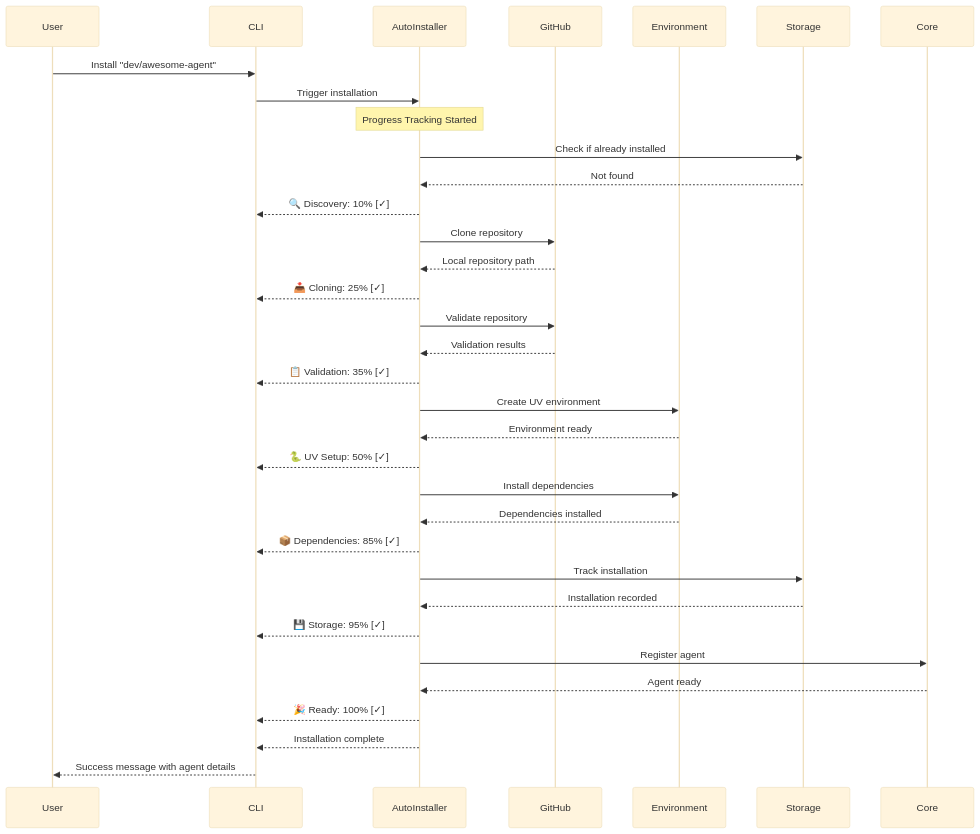
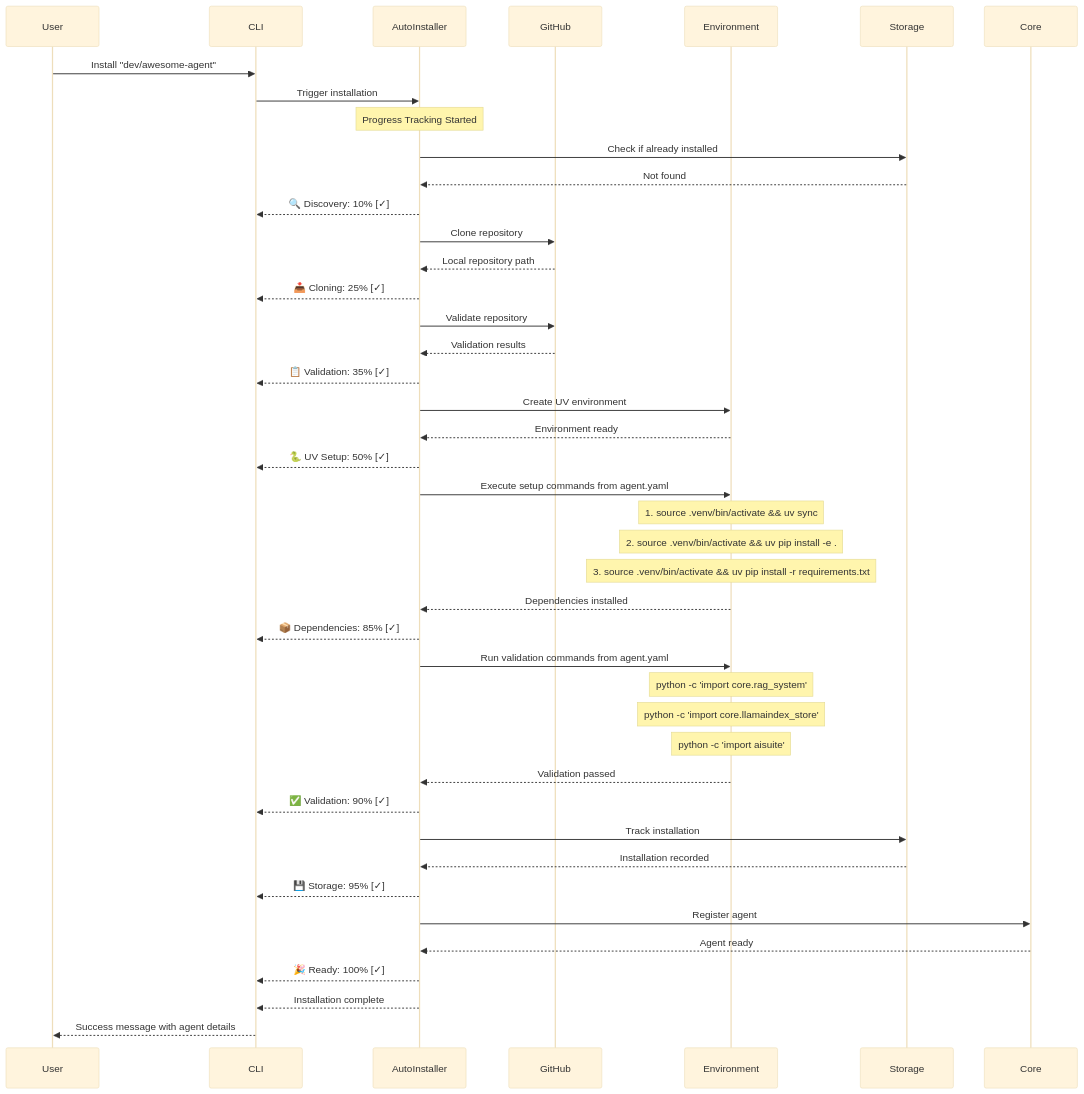
The second of 2 diagrams in docs/.implementation_design/phase2_auto_install/README.md (agentplug/agenthub), drawn with Mermaid (base theme) before and after one commit. The commit also changed other lines of this file and 1 other file, not shown here.

First line of the commit message:
docs: update Phase 2 design with correct setup process

````diff
--- a/docs/.implementation_design/phase2_auto_install/README.md
+++ b/docs/.implementation_design/phase2_auto_install/README.md
@@ -196,46 +198,56 @@
 ```mermaid
 sequenceDiagram
     participant User
     participant CLI
     participant AutoInstaller
     participant GitHub
     participant Environment
     participant Storage
     participant Core
 
     User->>CLI: Install "dev/awesome-agent"
     CLI->>AutoInstaller: Trigger installation
 
     Note over AutoInstaller: Progress Tracking Started
 
     AutoInstaller->>Storage: Check if already installed
     Storage-->>AutoInstaller: Not found
     AutoInstaller-->>CLI: 🔍 Discovery: 10% [✓]
 
     AutoInstaller->>GitHub: Clone repository
     GitHub-->>AutoInstaller: Local repository path
     AutoInstaller-->>CLI: 📥 Cloning: 25% [✓]
 
     AutoInstaller->>GitHub: Validate repository
     GitHub-->>AutoInstaller: Validation results
     AutoInstaller-->>CLI: 📋 Validation: 35% [✓]
 
     AutoInstaller->>Environment: Create UV environment
     Environment-->>AutoInstaller: Environment ready
     AutoInstaller-->>CLI: 🐍 UV Setup: 50% [✓]
 
-    AutoInstaller->>Environment: Install dependencies
+    AutoInstaller->>Environment: Execute setup commands from agent.yaml
+    Note over Environment: 1. source .venv/bin/activate && uv sync
+    Note over Environment: 2. source .venv/bin/activate && uv pip install -e .
+    Note over Environment: 3. source .venv/bin/activate && uv pip install -r requirements.txt
     Environment-->>AutoInstaller: Dependencies installed
     AutoInstaller-->>CLI: 📦 Dependencies: 85% [✓]
+
+    AutoInstaller->>Environment: Run validation commands from agent.yaml
+    Note over Environment: python -c 'import core.rag_system'
+    Note over Environment: python -c 'import core.llamaindex_store'
+    Note over Environment: python -c 'import aisuite'
+    Environment-->>AutoInstaller: Validation passed
+    AutoInstaller-->>CLI: ✅ Validation: 90% [✓]
 
     AutoInstaller->>Storage: Track installation
     Storage-->>AutoInstaller: Installation recorded
     AutoInstaller-->>CLI: 💾 Storage: 95% [✓]
 
     AutoInstaller->>Core: Register agent
     Core-->>AutoInstaller: Agent ready
     AutoInstaller-->>CLI: 🎉 Ready: 100% [✓]
 
     AutoInstaller-->>CLI: Installation complete
     CLI-->>User: Success message with agent details
 ```
````
